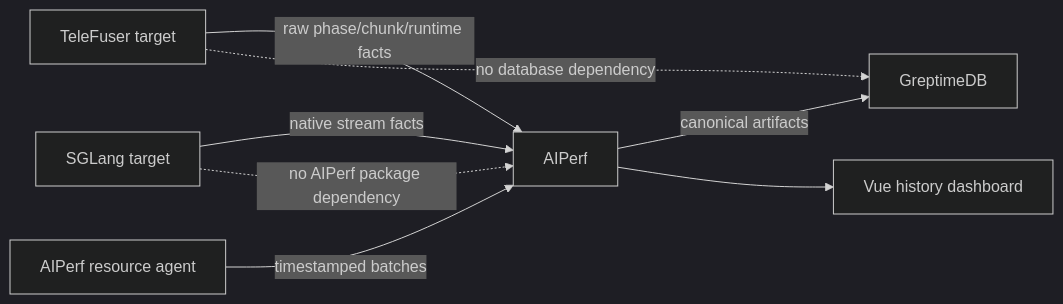
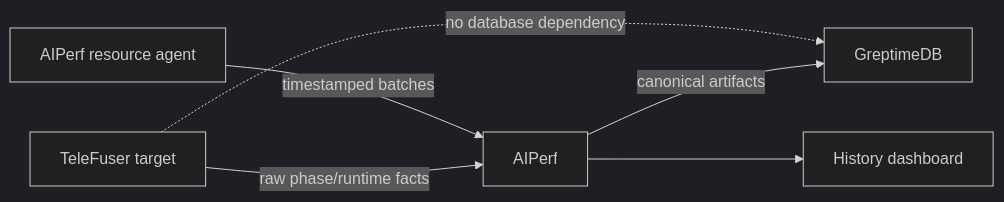
Before and after one commit to Tele-AI/TeleFuser: the diagram in docs/zh/benchmark_aiperf_design.md, drawn with Mermaid (dark theme). The commit also changed other lines of this file and 14 other files, not shown here.

````diff
--- a/docs/zh/benchmark_aiperf_design.md
+++ b/docs/zh/benchmark_aiperf_design.md
@@ -24,10 +7,8 @@
 ```mermaid
 flowchart LR
-    TF[TeleFuser target] -->|raw phase/chunk/runtime facts| AP[AIPerf]
-    SG[SGLang target] -->|native stream facts| AP
+    TF[TeleFuser target] -->|raw phase/runtime facts| AP[AIPerf]
     AP -->|canonical artifacts| GT[GreptimeDB]
-    AP --> UI[Vue history dashboard]
+    AP --> UI[History dashboard]
     AG[AIPerf resource agent] -->|timestamped batches| AP
     TF -. no database dependency .-> GT
-    SG -. no AIPerf package dependency .-> AP
 ```
````
